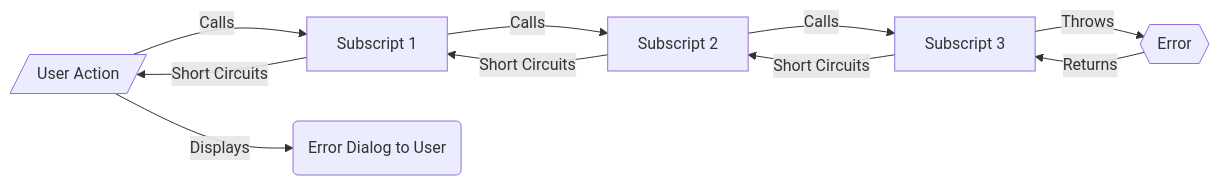
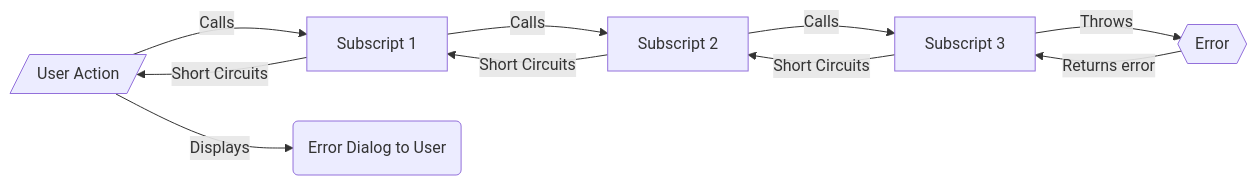
Before and after one commit to CloudChi/FX-Framework: the second of 2 diagrams in Diagram Error Flow - Common.md, drawn with Mermaid.

Commit message:
Update Diagram Error Flow - Common.md

````diff
--- a/Diagram Error Flow - Common.md
+++ b/Diagram Error Flow - Common.md
@@ -20,12 +20,12 @@
 ```mermaid
 graph LR
     A[/User Action/] -- Calls --> B[Subscript 1] 
     B -- Calls --> C[Subscript 2] 
     C -- Calls --> D[Subscript 3] 
     D -- Throws --> E{{Error}}
-    E -- Returns --> D
+    E -- Returns error --> D
     D -- Short Circuits --> C
     C -- Short Circuits --> B
     B -- Short Circuits --> A
     A -- Displays --> F(Error Dialog to User)
 ```
````
